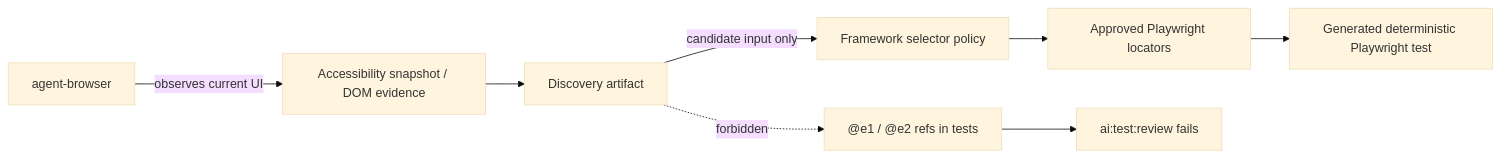
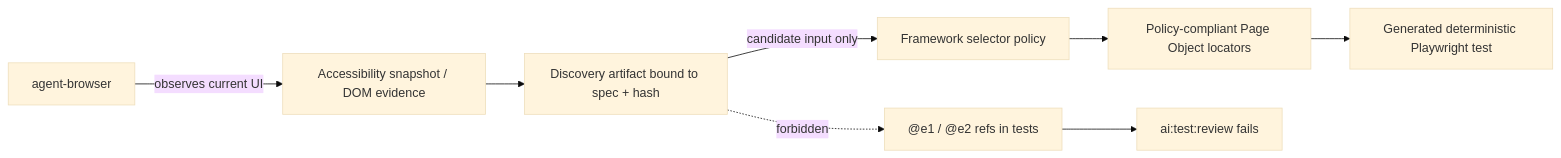
Before and after one commit to maybebest/web-api-test-generator: the second of 3 diagrams in packages/web/docs/ai-testing/TEST_GENERATION_FLOW.md, drawn with Mermaid (base theme). The commit also changed other lines of this file and 549 other files, not shown here.

````diff
--- a/packages/web/docs/ai-testing/TEST_GENERATION_FLOW.md
+++ b/packages/web/docs/ai-testing/TEST_GENERATION_FLOW.md
@@ -56,11 +93,11 @@
 ```mermaid
 flowchart LR
   A["agent-browser"] -->|"observes current UI"| B["Accessibility snapshot / DOM evidence"]
-  B --> C["Discovery artifact"]
+  B --> C["Discovery artifact bound to spec + hash"]
   C -->|"candidate input only"| D["Framework selector policy"]
-  D --> E["Approved Playwright locators"]
+  D --> E["Policy-compliant Page Object locators"]
   E --> F["Generated deterministic Playwright test"]
 
   C -. "forbidden" .-> G["@e1 / @e2 refs in tests"]
   G --> H["ai:test:review fails"]
 ```
````
